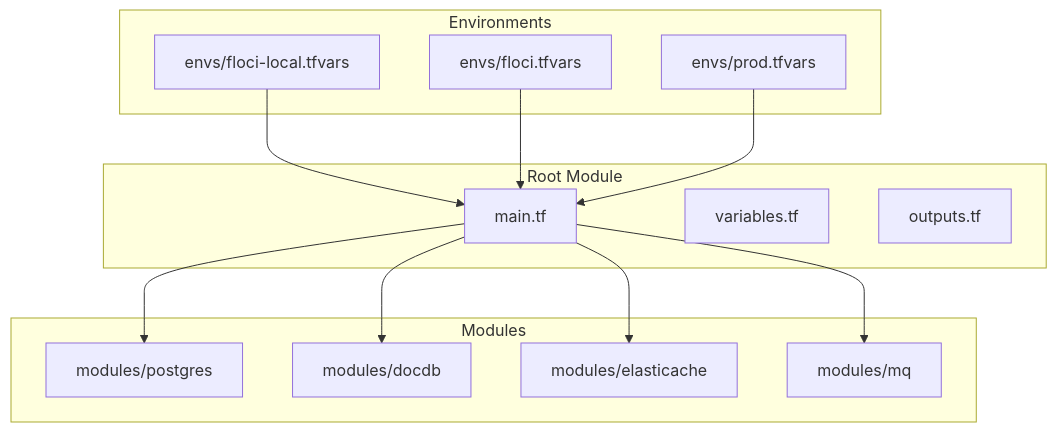
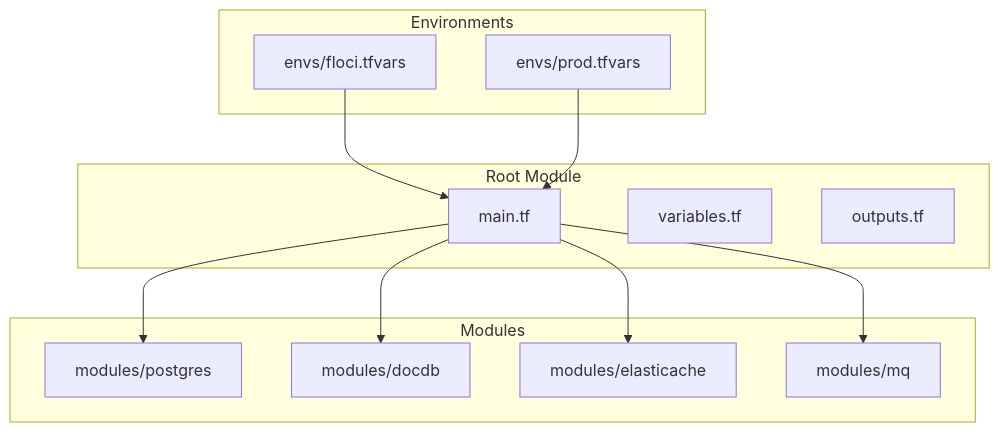
Before and after one commit to kunalPisolkar24/detectAI: the sixth of 7 diagrams in infra/docs/concepts/architecture.md, drawn with Mermaid. The commit also changed 10 other files, not shown here.

````diff
--- a/infra/docs/concepts/architecture.md
+++ b/infra/docs/concepts/architecture.md
@@ -177,30 +177,28 @@
 ```mermaid
 graph TB
     subgraph "Root Module"
         Main[main.tf]
         Vars[variables.tf]
         Outputs[outputs.tf]
     end
     
     subgraph "Modules"
         PG[modules/postgres]
         DocDB[modules/docdb]
         Redis[modules/elasticache]
         MQ[modules/mq]
     end
     
     subgraph "Environments"
-        Local[envs/floci-local.tfvars]
         Floci[envs/floci.tfvars]
         Prod[envs/prod.tfvars]
     end
     
     Main --> PG
     Main --> DocDB
     Main --> Redis
     Main --> MQ
     
-    Local --> Main
     Floci --> Main
     Prod --> Main
 ```
````
